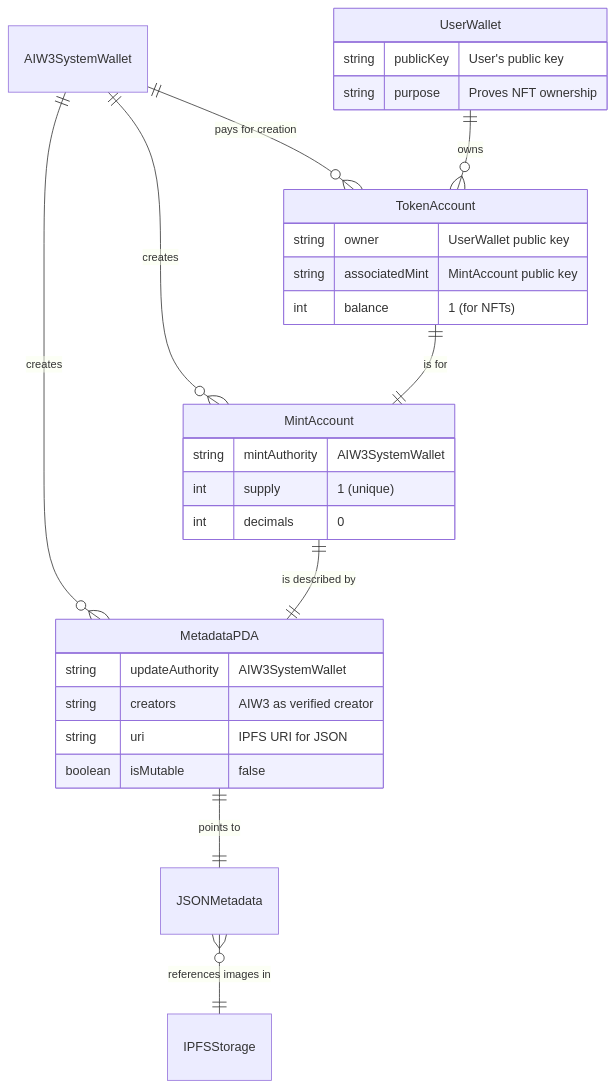
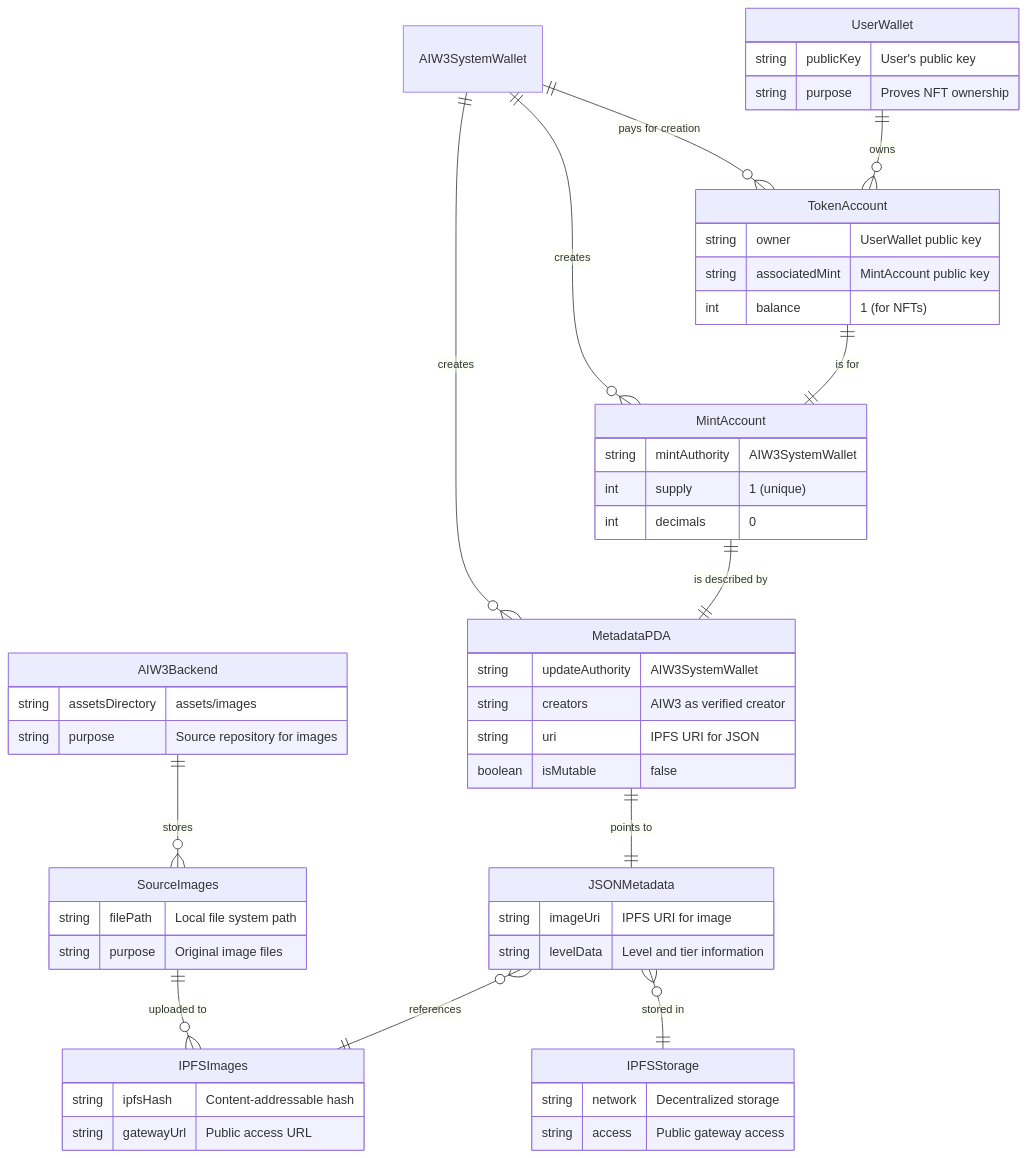
One commit to ljg-cqu/aiw3-nft-solana changed the first of 5 diagrams in docs/AIW3-NFT-System-Design.md. Above: the diagram before and after it, drawn with Mermaid. The commit also changed other lines of this file and 1 other file, not shown here.

Commit message:
docs: update NFT system to clarify image source-to-IPFS distribution flow

````diff
--- a/docs/AIW3-NFT-System-Design.md
+++ b/docs/AIW3-NFT-System-Design.md
@@ -138,35 +157,63 @@
 ```mermaid
 erDiagram
     AIW3SystemWallet ||--o{ MintAccount : "creates"
     AIW3SystemWallet ||--o{ TokenAccount : "pays for creation"
     AIW3SystemWallet ||--o{ MetadataPDA : "creates"
+    AIW3Backend ||--o{ SourceImages : "stores"
+    SourceImages ||--o{ IPFSImages : "uploaded to"
     UserWallet ||--o{ TokenAccount : "owns"
     TokenAccount ||--|| MintAccount : "is for"
     MintAccount ||--|| MetadataPDA : "is described by"
     MetadataPDA ||--|| JSONMetadata : "points to"
-    JSONMetadata }o--|| IPFSStorage : "references images in"
+    JSONMetadata }o--|| IPFSImages : "references"
+    JSONMetadata }o--|| IPFSStorage : "stored in"
 
+    AIW3Backend {
+        string assetsDirectory "assets/images"
+        string purpose "Source repository for images"
+    }
+    
+    SourceImages {
+        string filePath "Local file system path"
+        string purpose "Original image files"
+    }
+    
+    IPFSImages {
+        string ipfsHash "Content-addressable hash"
+        string gatewayUrl "Public access URL"
+    }
+    
     UserWallet {
         string publicKey "User's public key"
         string purpose "Proves NFT ownership"
     }
     
     TokenAccount {
         string owner "UserWallet public key"
         string associatedMint "MintAccount public key"
         int balance "1 (for NFTs)"
     }
     
     MintAccount {
         string mintAuthority "AIW3SystemWallet"
         int supply "1 (unique)"
         int decimals "0"
     }
     
     MetadataPDA {
         string updateAuthority "AIW3SystemWallet"
         string creators "AIW3 as verified creator"
         string uri "IPFS URI for JSON"
         boolean isMutable "false"
     }
+    
+    JSONMetadata {
+        string imageUri "IPFS URI for image"
+        string levelData "Level and tier information"
+    }
+    
+    IPFSStorage {
+        string network "Decentralized storage"
+        string access "Public gateway access"
+    }
 ```
````
